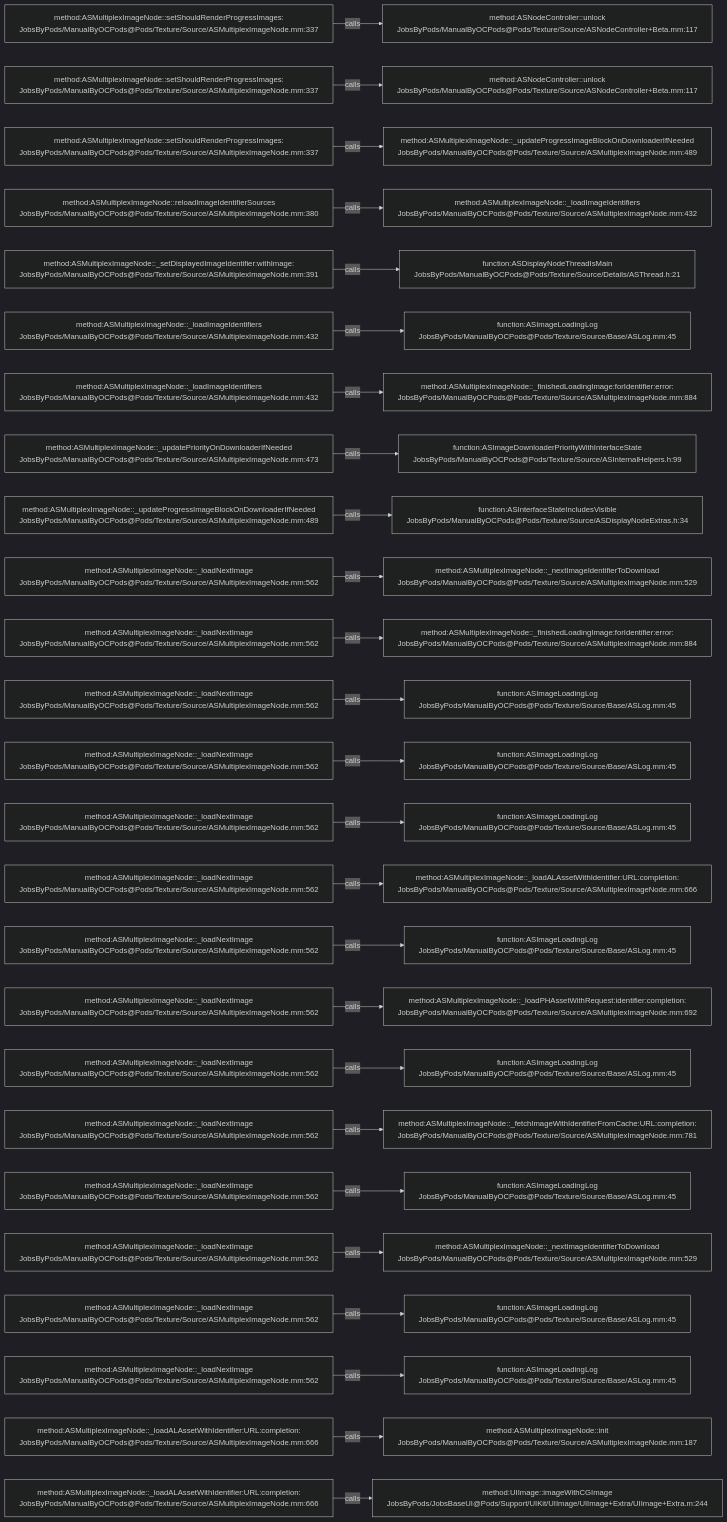
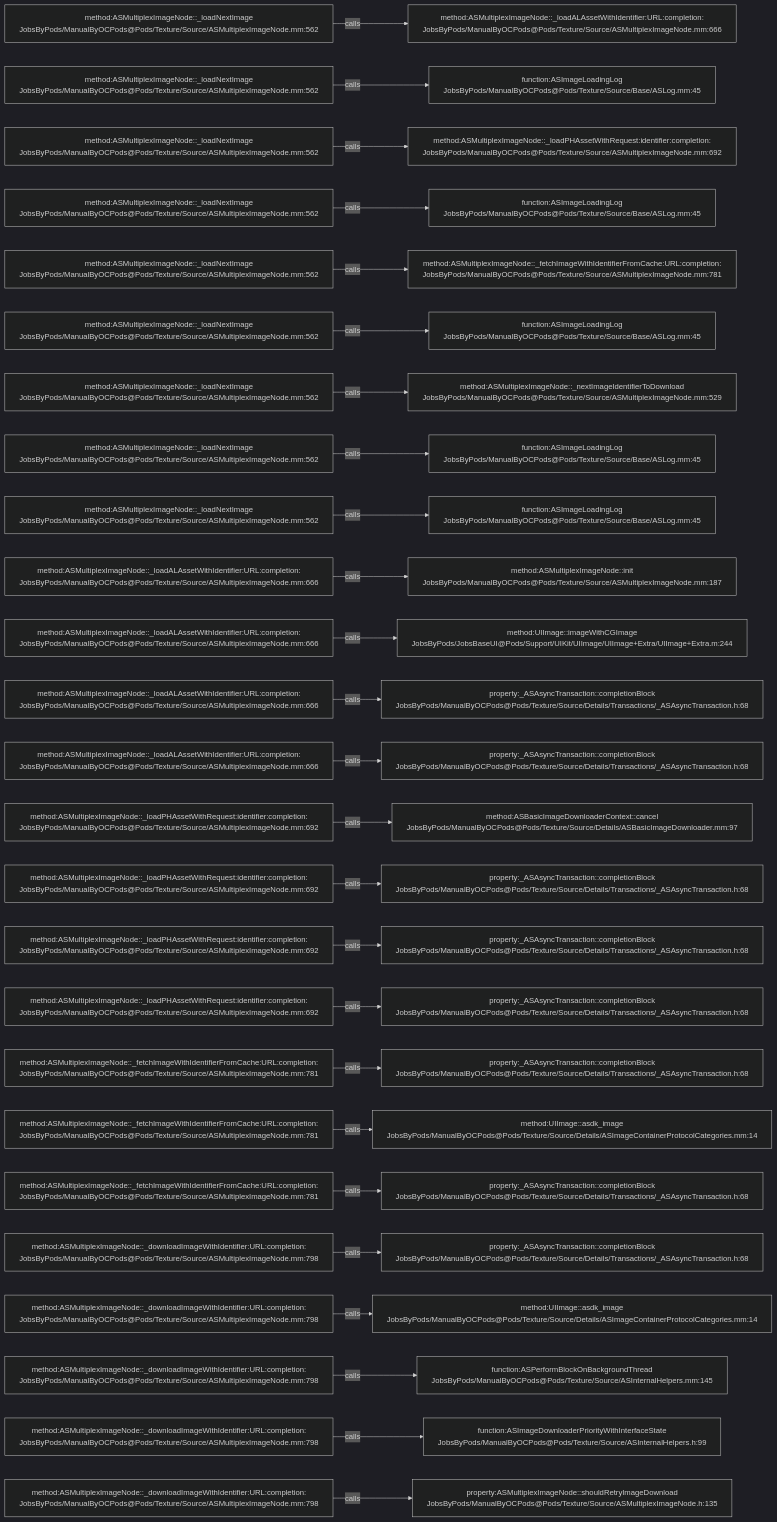
Before and after one commit to JobsKits/JobsOCBaseConfigDemo: the diagram in .codegraph/codegraph.md/graphs/calls-117.md, drawn with Mermaid (dark theme). The commit also changed 296 other files, not shown here.

````diff
--- a/.codegraph/codegraph.md/graphs/calls-117.md
+++ b/.codegraph/codegraph.md/graphs/calls-117.md
@@ -13,78 +13,78 @@
 ```mermaid
 flowchart LR
-  S1["method:ASMultiplexImageNode::setShouldRenderProgressImages:<br/>JobsByPods/ManualByOCPods@Pods/Texture/Source/ASMultiplexImageNode.mm:337"]
-  T1["method:ASNodeController::unlock<br/>JobsByPods/ManualByOCPods@Pods/Texture/Source/ASNodeController+Beta.mm:117"]
+  S1["method:ASMultiplexImageNode::_loadNextImage<br/>JobsByPods/ManualByOCPods@Pods/Texture/Source/ASMultiplexImageNode.mm:562"]
+  T1["method:ASMultiplexImageNode::_loadALAssetWithIdentifier:URL:completion:<br/>JobsByPods/ManualByOCPods@Pods/Texture/Source/ASMultiplexImageNode.mm:666"]
   S1 -->|calls| T1
-  S2["method:ASMultiplexImageNode::setShouldRenderProgressImages:<br/>JobsByPods/ManualByOCPods@Pods/Texture/Source/ASMultiplexImageNode.mm:337"]
-  T2["method:ASNodeController::unlock<br/>JobsByPods/ManualByOCPods@Pods/Texture/Source/ASNodeController+Beta.mm:117"]
+  S2["method:ASMultiplexImageNode::_loadNextImage<br/>JobsByPods/ManualByOCPods@Pods/Texture/Source/ASMultiplexImageNode.mm:562"]
+  T2["function:ASImageLoadingLog<br/>JobsByPods/ManualByOCPods@Pods/Texture/Source/Base/ASLog.mm:45"]
   S2 -->|calls| T2
-  S3["method:ASMultiplexImageNode::setShouldRenderProgressImages:<br/>JobsByPods/ManualByOCPods@Pods/Texture/Source/ASMultiplexImageNode.mm:337"]
-  T3["method:ASMultiplexImageNode::_updateProgressImageBlockOnDownloaderIfNeeded<br/>JobsByPods/ManualByOCPods@Pods/Texture/Source/ASMultiplexImageNode.mm:489"]
+  S3["method:ASMultiplexImageNode::_loadNextImage<br/>JobsByPods/ManualByOCPods@Pods/Texture/Source/ASMultiplexImageNode.mm:562"]
+  T3["method:ASMultiplexImageNode::_loadPHAssetWithRequest:identifier:completion:<br/>JobsByPods/ManualByOCPods@Pods/Texture/Source/ASMultiplexImageNode.mm:692"]
   S3 -->|calls| T3
-  S4["method:ASMultiplexImageNode::reloadImageIdentifierSources<br/>JobsByPods/ManualByOCPods@Pods/Texture/Source/ASMultiplexImageNode.mm:380"]
-  T4["method:ASMultiplexImageNode::_loadImageIdentifiers<br/>JobsByPods/ManualByOCPods@Pods/Texture/Source/ASMultiplexImageNode.mm:432"]
+  S4["method:ASMultiplexImageNode::_loadNextImage<br/>JobsByPods/ManualByOCPods@Pods/Texture/Source/ASMultiplexImageNode.mm:562"]
+  T4["function:ASImageLoadingLog<br/>JobsByPods/ManualByOCPods@Pods/Texture/Source/Base/ASLog.mm:45"]
   S4 -->|calls| T4
-  S5["method:ASMultiplexImageNode::_setDisplayedImageIdentifier:withImage:<br/>JobsByPods/ManualByOCPods@Pods/Texture/Source/ASMultiplexImageNode.mm:391"]
-  T5["function:ASDisplayNodeThreadIsMain<br/>JobsByPods/ManualByOCPods@Pods/Texture/Source/Details/ASThread.h:21"]
+  S5["method:ASMultiplexImageNode::_loadNextImage<br/>JobsByPods/ManualByOCPods@Pods/Texture/Source/ASMultiplexImageNode.mm:562"]
+  T5["method:ASMultiplexImageNode::_fetchImageWithIdentifierFromCache:URL:completion:<br/>JobsByPods/ManualByOCPods@Pods/Texture/Source/ASMultiplexImageNode.mm:781"]
   S5 -->|calls| T5
-  S6["method:ASMultiplexImageNode::_loadImageIdentifiers<br/>JobsByPods/ManualByOCPods@Pods/Texture/Source/ASMultiplexImageNode.mm:432"]
+  S6["method:ASMultiplexImageNode::_loadNextImage<br/>JobsByPods/ManualByOCPods@Pods/Texture/Source/ASMultiplexImageNode.mm:562"]
   T6["function:ASImageLoadingLog<br/>JobsByPods/ManualByOCPods@Pods/Texture/Source/Base/ASLog.mm:45"]
   S6 -->|calls| T6
-  S7["method:ASMultiplexImageNode::_loadImageIdentifiers<br/>JobsByPods/ManualByOCPods@Pods/Texture/Source/ASMultiplexImageNode.mm:432"]
-  T7["method:ASMultiplexImageNode::_finishedLoadingImage:forIdentifier:error:<br/>JobsByPods/ManualByOCPods@Pods/Texture/Source/ASMultiplexImageNode.mm:884"]
+  S7["method:ASMultiplexImageNode::_loadNextImage<br/>JobsByPods/ManualByOCPods@Pods/Texture/Source/ASMultiplexImageNode.mm:562"]
+  T7["method:ASMultiplexImageNode::_nextImageIdentifierToDownload<br/>JobsByPods/ManualByOCPods@Pods/Texture/Source/ASMultiplexImageNode.mm:529"]
   S7 -->|calls| T7
-  S8["method:ASMultiplexImageNode::_updatePriorityOnDownloaderIfNeeded<br/>JobsByPods/ManualByOCPods@Pods/Texture/Source/ASMultiplexImageNode.mm:473"]
-  T8["function:ASImageDownloaderPriorityWithInterfaceState<br/>JobsByPods/ManualByOCPods@Pods/Texture/Source/ASInternalHelpers.h:99"]
+  S8["method:ASMultiplexImageNode::_loadNextImage<br/>JobsByPods/ManualByOCPods@Pods/Texture/Source/ASMultiplexImageNode.mm:562"]
+  T8["function:ASImageLoadingLog<br/>JobsByPods/ManualByOCPods@Pods/Texture/Source/Base/ASLog.mm:45"]
   S8 -->|calls| T8
-  S9["method:ASMultiplexImageNode::_updateProgressImageBlockOnDownloaderIfNeeded<br/>JobsByPods/ManualByOCPods@Pods/Texture/Source/ASMultiplexImageNode.mm:489"]
-  T9["function:ASInterfaceStateIncludesVisible<br/>JobsByPods/ManualByOCPods@Pods/Texture/Source/ASDisplayNodeExtras.h:34"]
+  S9["method:ASMultiplexImageNode::_loadNextImage<br/>JobsByPods/ManualByOCPods@Pods/Texture/Source/ASMultiplexImageNode.mm:562"]
+  T9["function:ASImageLoadingLog<br/>JobsByPods/ManualByOCPods@Pods/Texture/Source/Base/ASLog.mm:45"]
   S9 -->|calls| T9
-  S10["method:ASMultiplexImageNode::_loadNextImage<br/>JobsByPods/ManualByOCPods@Pods/Texture/Source/ASMultiplexImageNode.mm:562"]
-  T10["method:ASMultiplexImageNode::_nextImageIdentifierToDownload<br/>JobsByPods/ManualByOCPods@Pods/Texture/Source/ASMultiplexImageNode.mm:529"]
+  S10["method:ASMultiplexImageNode::_loadALAssetWithIdentifier:URL:completion:<br/>JobsByPods/ManualByOCPods@Pods/Texture/Source/ASMultiplexImageNode.mm:666"]
+  T10["method:ASMultiplexImageNode::init<br/>JobsByPods/ManualByOCPods@Pods/Texture/Source/ASMultiplexImageNode.mm:187"]
   S10 -->|calls| T10
-  S11["method:ASMultiplexImageNode::_loadNextImage<br/>JobsByPods/ManualByOCPods@Pods/Texture/Source/ASMultiplexImageNode.mm:562"]
-  T11["method:ASMultiplexImageNode::_finishedLoadingImage:forIdentifier:error:<br/>JobsByPods/ManualByOCPods@Pods/Texture/Source/ASMultiplexImageNode.mm:884"]
+  S11["method:ASMultiplexImageNode::_loadALAssetWithIdentifier:URL:completion:<br/>JobsByPods/ManualByOCPods@Pods/Texture/Source/ASMultiplexImageNode.mm:666"]
+  T11["method:UIImage::imageWithCGImage<br/>JobsByPods/JobsBaseUI@Pods/Support/UIKit/UIImage/UIImage+Extra/UIImage+Extra.m:244"]
   S11 -->|calls| T11
-  S12["method:ASMultiplexImageNode::_loadNextImage<br/>JobsByPods/ManualByOCPods@Pods/Texture/Source/ASMultiplexImageNode.mm:562"]
-  T12["function:ASImageLoadingLog<br/>JobsByPods/ManualByOCPods@Pods/Texture/Source/Base/ASLog.mm:45"]
+  S12["method:ASMultiplexImageNode::_loadALAssetWithIdentifier:URL:completion:<br/>JobsByPods/ManualByOCPods@Pods/Texture/Source/ASMultiplexImageNode.mm:666"]
+  T12["property:_ASAsyncTransaction::completionBlock<br/>JobsByPods/ManualByOCPods@Pods/Texture/Source/Details/Transactions/_ASAsyncTransaction.h:68"]
   S12 -->|calls| T12
-  S13["method:ASMultiplexImageNode::_loadNextImage<br/>JobsByPods/ManualByOCPods@Pods/Texture/Source/ASMultiplexImageNode.mm:562"]
-  T13["function:ASImageLoadingLog<br/>JobsByPods/ManualByOCPods@Pods/Texture/Source/Base/ASLog.mm:45"]
+  S13["method:ASMultiplexImageNode::_loadALAssetWithIdentifier:URL:completion:<br/>JobsByPods/ManualByOCPods@Pods/Texture/Source/ASMultiplexImageNode.mm:666"]
+  T13["property:_ASAsyncTransaction::completionBlock<br/>JobsByPods/ManualByOCPods@Pods/Texture/Source/Details/Transactions/_ASAsyncTransaction.h:68"]
   S13 -->|calls| T13
-  S14["method:ASMultiplexImageNode::_loadNextImage<br/>JobsByPods/ManualByOCPods@Pods/Texture/Source/ASMultiplexImageNode.mm:562"]
-  T14["function:ASImageLoadingLog<br/>JobsByPods/ManualByOCPods@Pods/Texture/Source/Base/ASLog.mm:45"]
+  S14["method:ASMultiplexImageNode::_loadPHAssetWithRequest:identifier:completion:<br/>JobsByPods/ManualByOCPods@Pods/Texture/Source/ASMultiplexImageNode.mm:692"]
+  T14["method:ASBasicImageDownloaderContext::cancel<br/>JobsByPods/ManualByOCPods@Pods/Texture/Source/Details/ASBasicImageDownloader.mm:97"]
   S14 -->|calls| T14
-  S15["method:ASMultiplexImageNode::_loadNextImage<br/>JobsByPods/ManualByOCPods@Pods/Texture/Source/ASMultiplexImageNode.mm:562"]
-  T15["method:ASMultiplexImageNode::_loadALAssetWithIdentifier:URL:completion:<br/>JobsByPods/ManualByOCPods@Pods/Texture/Source/ASMultiplexImageNode.mm:666"]
+  S15["method:ASMultiplexImageNode::_loadPHAssetWithRequest:identifier:completion:<br/>JobsByPods/ManualByOCPods@Pods/Texture/Source/ASMultiplexImageNode.mm:692"]
+  T15["property:_ASAsyncTransaction::completionBlock<br/>JobsByPods/ManualByOCPods@Pods/Texture/Source/Details/Transactions/_ASAsyncTransaction.h:68"]
   S15 -->|calls| T15
-  S16["method:ASMultiplexImageNode::_loadNextImage<br/>JobsByPods/ManualByOCPods@Pods/Texture/Source/ASMultiplexImageNode.mm:562"]
-  T16["function:ASImageLoadingLog<br/>JobsByPods/ManualByOCPods@Pods/Texture/Source/Base/ASLog.mm:45"]
+  S16["method:ASMultiplexImageNode::_loadPHAssetWithRequest:identifier:completion:<br/>JobsByPods/ManualByOCPods@Pods/Texture/Source/ASMultiplexImageNode.mm:692"]
+  T16["property:_ASAsyncTransaction::completionBlock<br/>JobsByPods/ManualByOCPods@Pods/Texture/Source/Details/Transactions/_ASAsyncTransaction.h:68"]
   S16 -->|calls| T16
-  S17["method:ASMultiplexImageNode::_loadNextImage<br/>JobsByPods/ManualByOCPods@Pods/Texture/Source/ASMultiplexImageNode.mm:562"]
-  T17["method:ASMultiplexImageNode::_loadPHAssetWithRequest:identifier:completion:<br/>JobsByPods/ManualByOCPods@Pods/Texture/Source/ASMultiplexImageNode.mm:692"]
+  S17["method:ASMultiplexImageNode::_loadPHAssetWithRequest:identifier:completion:<br/>JobsByPods/ManualByOCPods@Pods/Texture/Source/ASMultiplexImageNode.mm:692"]
+  T17["property:_ASAsyncTransaction::completionBlock<br/>JobsByPods/ManualByOCPods@Pods/Texture/Source/Details/Transactions/_ASAsyncTransaction.h:68"]
   S17 -->|calls| T17
-  S18["method:ASMultiplexImageNode::_loadNextImage<br/>JobsByPods/ManualByOCPods@Pods/Texture/Source/ASMultiplexImageNode.mm:562"]
-  T18["function:ASImageLoadingLog<br/>JobsByPods/ManualByOCPods@Pods/Texture/Source/Base/ASLog.mm:45"]
+  S18["method:ASMultiplexImageNode::_fetchImageWithIdentifierFromCache:URL:completion:<br/>JobsByPods/ManualByOCPods@Pods/Texture/Source/ASMultiplexImageNode.mm:781"]
+  T18["property:_ASAsyncTransaction::completionBlock<br/>JobsByPods/ManualByOCPods@Pods/Texture/Source/Details/Transactions/_ASAsyncTransaction.h:68"]
   S18 -->|calls| T18
-  S19["method:ASMultiplexImageNode::_loadNextImage<br/>JobsByPods/ManualByOCPods@Pods/Texture/Source/ASMultiplexImageNode.mm:562"]
-  T19["method:ASMultiplexImageNode::_fetchImageWithIdentifierFromCache:URL:completion:<br/>JobsByPods/ManualByOCPods@Pods/Texture/Source/ASMultiplexImageNode.mm:781"]
+  S19["method:ASMultiplexImageNode::_fetchImageWithIdentifierFromCache:URL:completion:<br/>JobsByPods/ManualByOCPods@Pods/Texture/Source/ASMultiplexImageNode.mm:781"]
+  T19["method:UIImage::asdk_image<br/>JobsByPods/ManualByOCPods@Pods/Texture/Source/Details/ASImageContainerProtocolCategories.mm:14"]
   S19 -->|calls| T19
-  S20["method:ASMultiplexImageNode::_loadNextImage<br/>JobsByPods/ManualByOCPods@Pods/Texture/Source/ASMultiplexImageNode.mm:562"]
-  T20["function:ASImageLoadingLog<br/>JobsByPods/ManualByOCPods@Pods/Texture/Source/Base/ASLog.mm:45"]
+  S20["method:ASMultiplexImageNode::_fetchImageWithIdentifierFromCache:URL:completion:<br/>JobsByPods/ManualByOCPods@Pods/Texture/Source/ASMultiplexImageNode.mm:781"]
+  T20["property:_ASAsyncTransaction::completionBlock<br/>JobsByPods/ManualByOCPods@Pods/Texture/Source/Details/Transactions/_ASAsyncTransaction.h:68"]
   S20 -->|calls| T20
-  S21["method:ASMultiplexImageNode::_loadNextImage<br/>JobsByPods/ManualByOCPods@Pods/Texture/Source/ASMultiplexImageNode.mm:562"]
-  T21["method:ASMultiplexImageNode::_nextImageIdentifierToDownload<br/>JobsByPods/ManualByOCPods@Pods/Texture/Source/ASMultiplexImageNode.mm:529"]
+  S21["method:ASMultiplexImageNode::_downloadImageWithIdentifier:URL:completion:<br/>JobsByPods/ManualByOCPods@Pods/Texture/Source/ASMultiplexImageNode.mm:798"]
+  T21["property:_ASAsyncTransaction::completionBlock<br/>JobsByPods/ManualByOCPods@Pods/Texture/Source/Details/Transactions/_ASAsyncTransaction.h:68"]
   S21 -->|calls| T21
-  S22["method:ASMultiplexImageNode::_loadNextImage<br/>JobsByPods/ManualByOCPods@Pods/Texture/Source/ASMultiplexImageNode.mm:562"]
-  T22["function:ASImageLoadingLog<br/>JobsByPods/ManualByOCPods@Pods/Texture/Source/Base/ASLog.mm:45"]
+  S22["method:ASMultiplexImageNode::_downloadImageWithIdentifier:URL:completion:<br/>JobsByPods/ManualByOCPods@Pods/Texture/Source/ASMultiplexImageNode.mm:798"]
+  T22["method:UIImage::asdk_image<br/>JobsByPods/ManualByOCPods@Pods/Texture/Source/Details/ASImageContainerProtocolCategories.mm:14"]
   S22 -->|calls| T22
-  S23["method:ASMultiplexImageNode::_loadNextImage<br/>JobsByPods/ManualByOCPods@Pods/Texture/Source/ASMultiplexImageNode.mm:562"]
-  T23["function:ASImageLoadingLog<br/>JobsByPods/ManualByOCPods@Pods/Texture/Source/Base/ASLog.mm:45"]
+  S23["method:ASMultiplexImageNode::_downloadImageWithIdentifier:URL:completion:<br/>JobsByPods/ManualByOCPods@Pods/Texture/Source/ASMultiplexImageNode.mm:798"]
+  T23["function:ASPerformBlockOnBackgroundThread<br/>JobsByPods/ManualByOCPods@Pods/Texture/Source/ASInternalHelpers.mm:145"]
   S23 -->|calls| T23
-  S24["method:ASMultiplexImageNode::_loadALAssetWithIdentifier:URL:completion:<br/>JobsByPods/ManualByOCPods@Pods/Texture/Source/ASMultiplexImageNode.mm:666"]
-  T24["method:ASMultiplexImageNode::init<br/>JobsByPods/ManualByOCPods@Pods/Texture/Source/ASMultiplexImageNode.mm:187"]
+  S24["method:ASMultiplexImageNode::_downloadImageWithIdentifier:URL:completion:<br/>JobsByPods/ManualByOCPods@Pods/Texture/Source/ASMultiplexImageNode.mm:798"]
+  T24["function:ASImageDownloaderPriorityWithInterfaceState<br/>JobsByPods/ManualByOCPods@Pods/Texture/Source/ASInternalHelpers.h:99"]
   S24 -->|calls| T24
-  S25["method:ASMultiplexImageNode::_loadALAssetWithIdentifier:URL:completion:<br/>JobsByPods/ManualByOCPods@Pods/Texture/Source/ASMultiplexImageNode.mm:666"]
-  T25["method:UIImage::imageWithCGImage<br/>JobsByPods/JobsBaseUI@Pods/Support/UIKit/UIImage/UIImage+Extra/UIImage+Extra.m:244"]
+  S25["method:ASMultiplexImageNode::_downloadImageWithIdentifier:URL:completion:<br/>JobsByPods/ManualByOCPods@Pods/Texture/Source/ASMultiplexImageNode.mm:798"]
+  T25["property:ASMultiplexImageNode::shouldRetryImageDownload<br/>JobsByPods/ManualByOCPods@Pods/Texture/Source/ASMultiplexImageNode.h:135"]
   S25 -->|calls| T25
 ```
````
